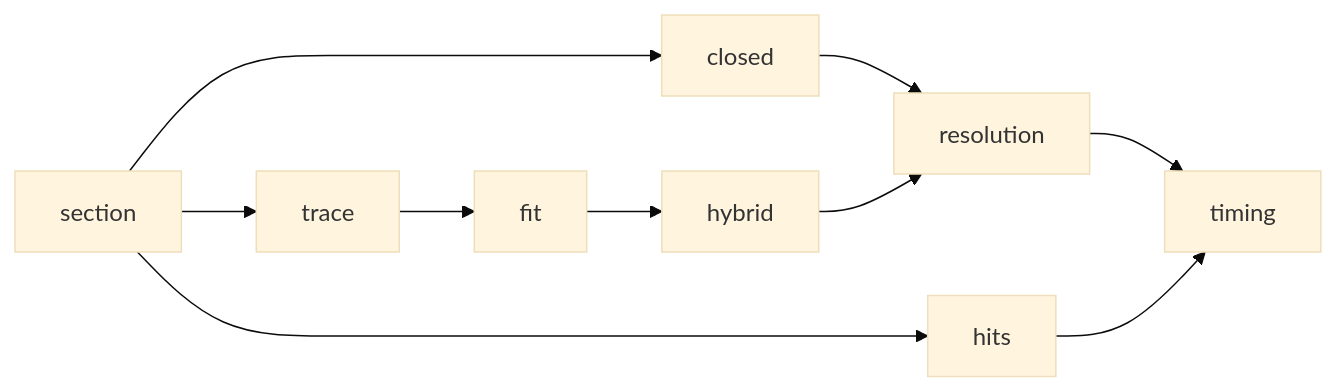
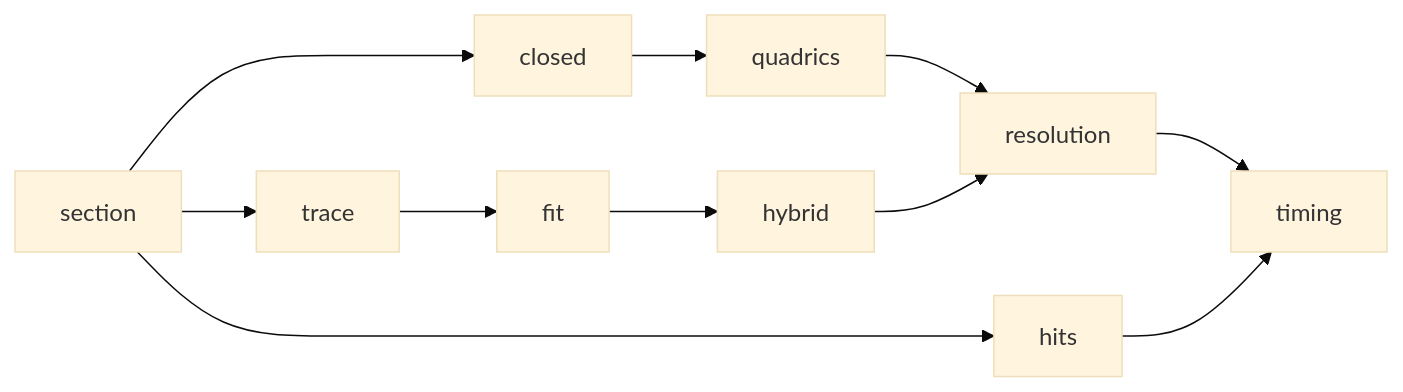
One commit to Dzoay/occam changed the diagram in docs/plan/intersection.md. Above: the diagram before and after it, drawn with Mermaid (base theme). The commit also changed other lines of this file, not shown here.

First line of the commit message:
docs(plan): intersection.quadrics, Levin's pencil method in the milestone

````diff
--- a/docs/plan/intersection.md
+++ b/docs/plan/intersection.md
@@ -10,8 +11,9 @@
 ```mermaid
 flowchart LR
   section --> closed & trace
+  closed --> quadrics
   trace --> fit --> hybrid
-  closed & hybrid --> resolution
+  quadrics & hybrid --> resolution
   section --> hits
   resolution & hits --> timing
 ```
````
